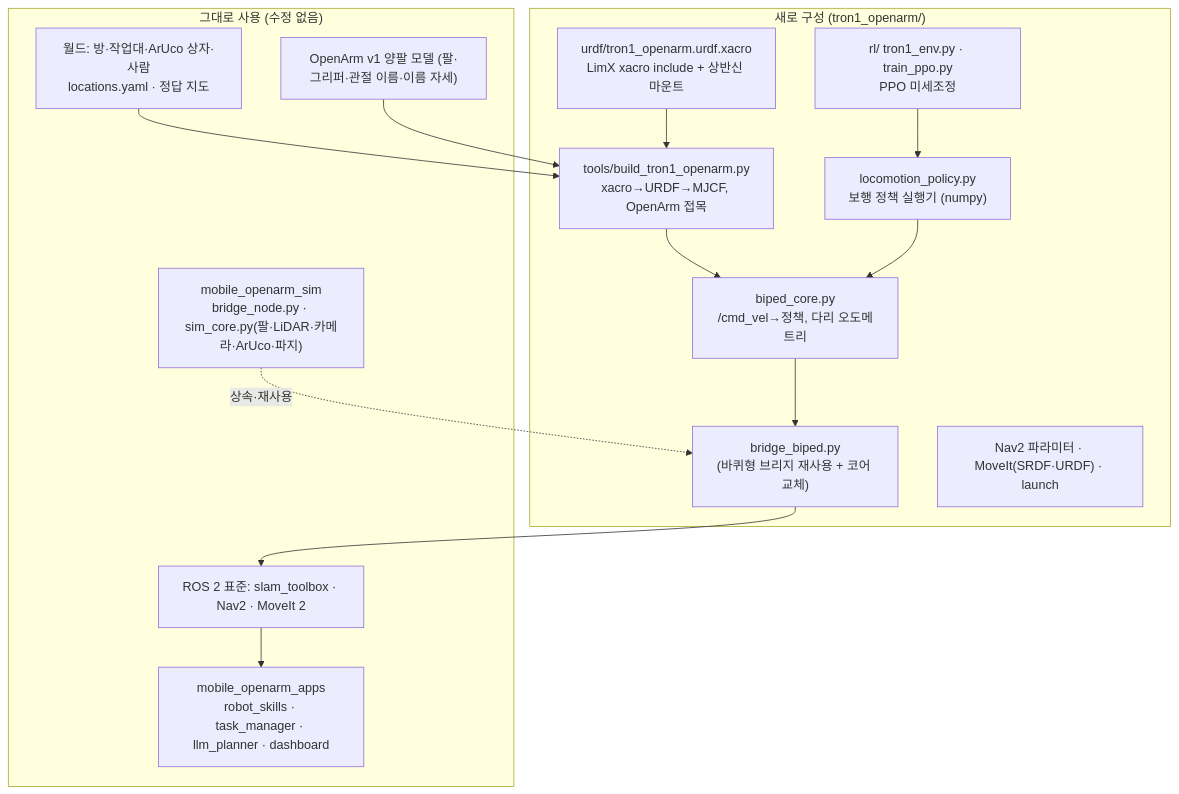
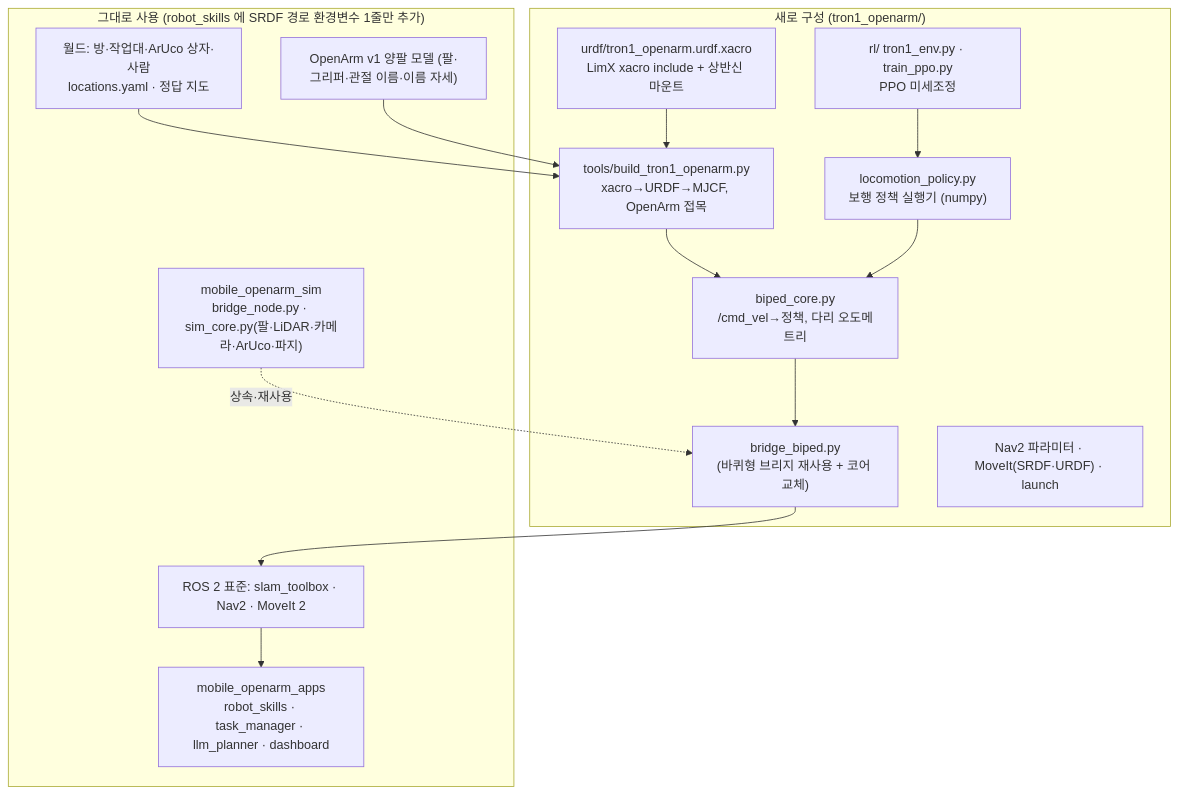
One commit to aha645/openarms_llm_ex changed the diagram in doc/tron1/01-what-changed.md. Above: the diagram before and after it, drawn with Mermaid. The commit also changed other lines of this file and 17 other files, not shown here.

````diff
--- a/doc/tron1/01-what-changed.md
+++ b/doc/tron1/01-what-changed.md
@@ -19,26 +19,26 @@
 ```mermaid
 flowchart TB
-  subgraph SAME["그대로 사용 (수정 없음)"]
+  subgraph SAME["그대로 사용 (robot_skills 에 SRDF 경로 환경변수 1줄만 추가)"]
     APPS["mobile_openarm_apps<br/>robot_skills · task_manager · llm_planner · dashboard"]
     WBR["mobile_openarm_sim<br/>bridge_node.py · sim_core.py(팔·LiDAR·카메라·ArUco·파지)"]
     WORLD["월드: 방·작업대·ArUco 상자·사람<br/>locations.yaml · 정답 지도"]
     ROS["ROS 2 표준: slam_toolbox · Nav2 · MoveIt 2"]
     OA["OpenArm v1 양팔 모델 (팔·그리퍼·관절 이름·이름 자세)"]
   end
   subgraph NEW["새로 구성 (tron1_openarm/)"]
     X["urdf/tron1_openarm.urdf.xacro<br/>LimX xacro include + 상반신 마운트"]
     B["tools/build_tron1_openarm.py<br/>xacro→URDF→MJCF, OpenArm 접목"]
     P["locomotion_policy.py<br/>보행 정책 실행기 (numpy)"]
     C["biped_core.py<br/>/cmd_vel→정책, 다리 오도메트리"]
     BR["bridge_biped.py<br/>(바퀴형 브리지 재사용 + 코어 교체)"]
     RL["rl/ tron1_env.py · train_ppo.py<br/>PPO 미세조정"]
     CFG["Nav2 파라미터 · MoveIt(SRDF·URDF) · launch"]
   end
   X --> B --> C
   RL --> P --> C --> BR
   BR --> ROS
   WBR -. 상속·재사용 .-> BR
   ROS --> APPS
   OA --> B
   WORLD --> B
 ```
````
